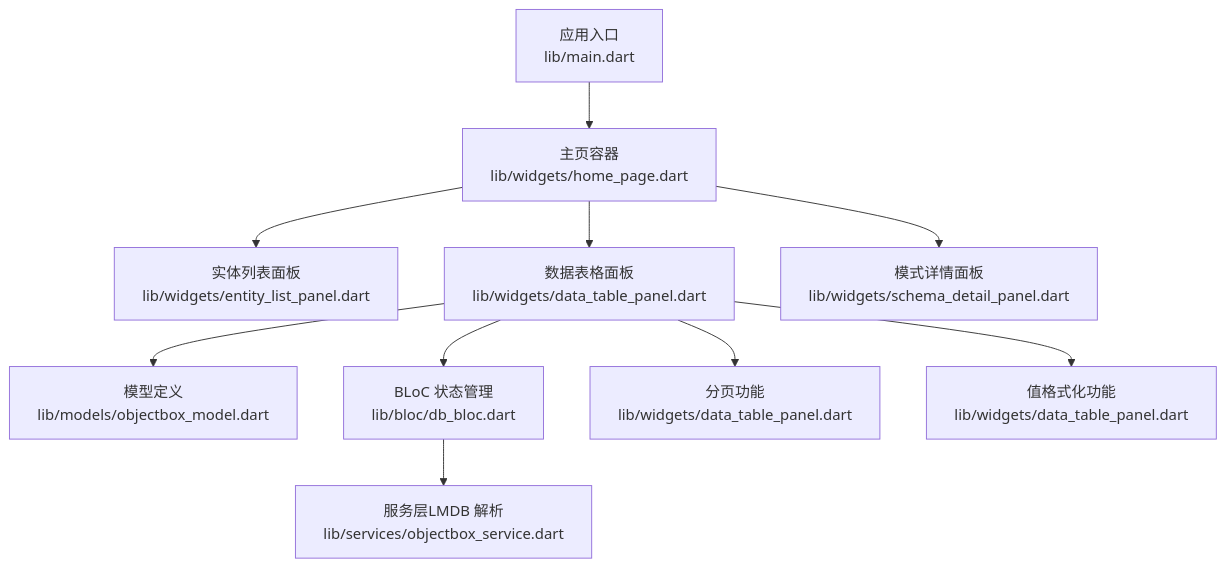
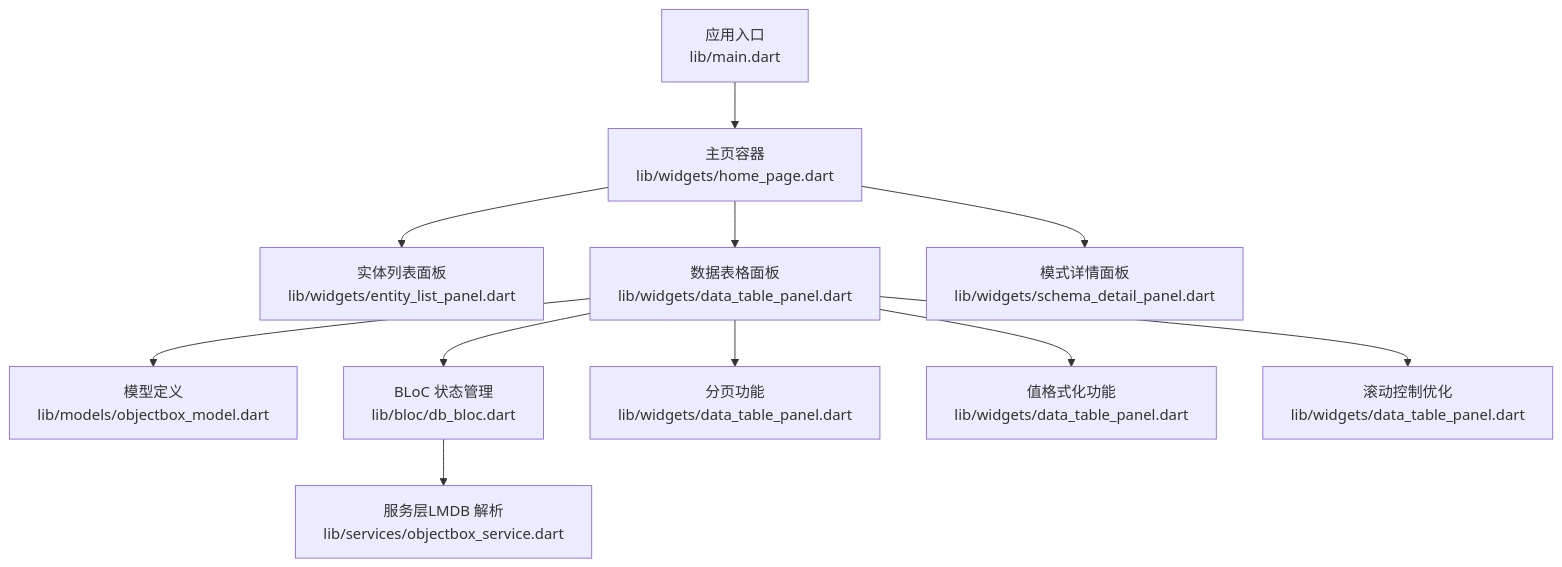
One commit to kongpf8848/objectbox_viewer changed the first of 8 diagrams in .qoder/repowiki/zh/content/UI 组件/数据表格面板.md. Above: the diagram before and after it, drawn with Mermaid. The commit also changed other lines of this file and 22 other files, not shown here.

````diff
--- a/.qoder/repowiki/zh/content/UI 组件/数据表格面板.md
+++ b/.qoder/repowiki/zh/content/UI 组件/数据表格面板.md
@@ -50,12 +52,13 @@
 ```mermaid
 graph TB
 A["应用入口<br/>lib/main.dart"] --> B["主页容器<br/>lib/widgets/home_page.dart"]
 B --> C["实体列表面板<br/>lib/widgets/entity_list_panel.dart"]
 B --> D["数据表格面板<br/>lib/widgets/data_table_panel.dart"]
 B --> E["模式详情面板<br/>lib/widgets/schema_detail_panel.dart"]
 D --> F["模型定义<br/>lib/models/objectbox_model.dart"]
 D --> G["BLoC 状态管理<br/>lib/bloc/db_bloc.dart"]
 G --> H["服务层LMDB 解析<br/>lib/services/objectbox_service.dart"]
 D --> I["分页功能<br/>lib/widgets/data_table_panel.dart"]
 D --> J["值格式化功能<br/>lib/widgets/data_table_panel.dart"]
+D --> K["滚动控制优化<br/>lib/widgets/data_table_panel.dart"]
 ```
````
